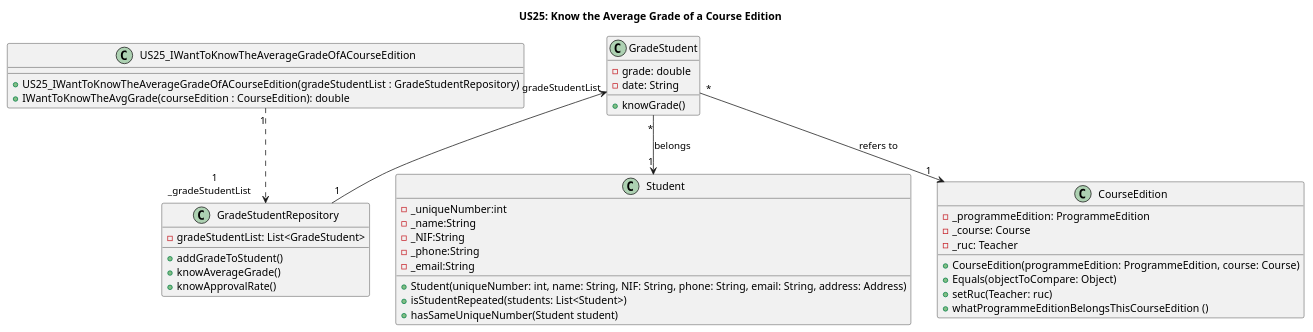
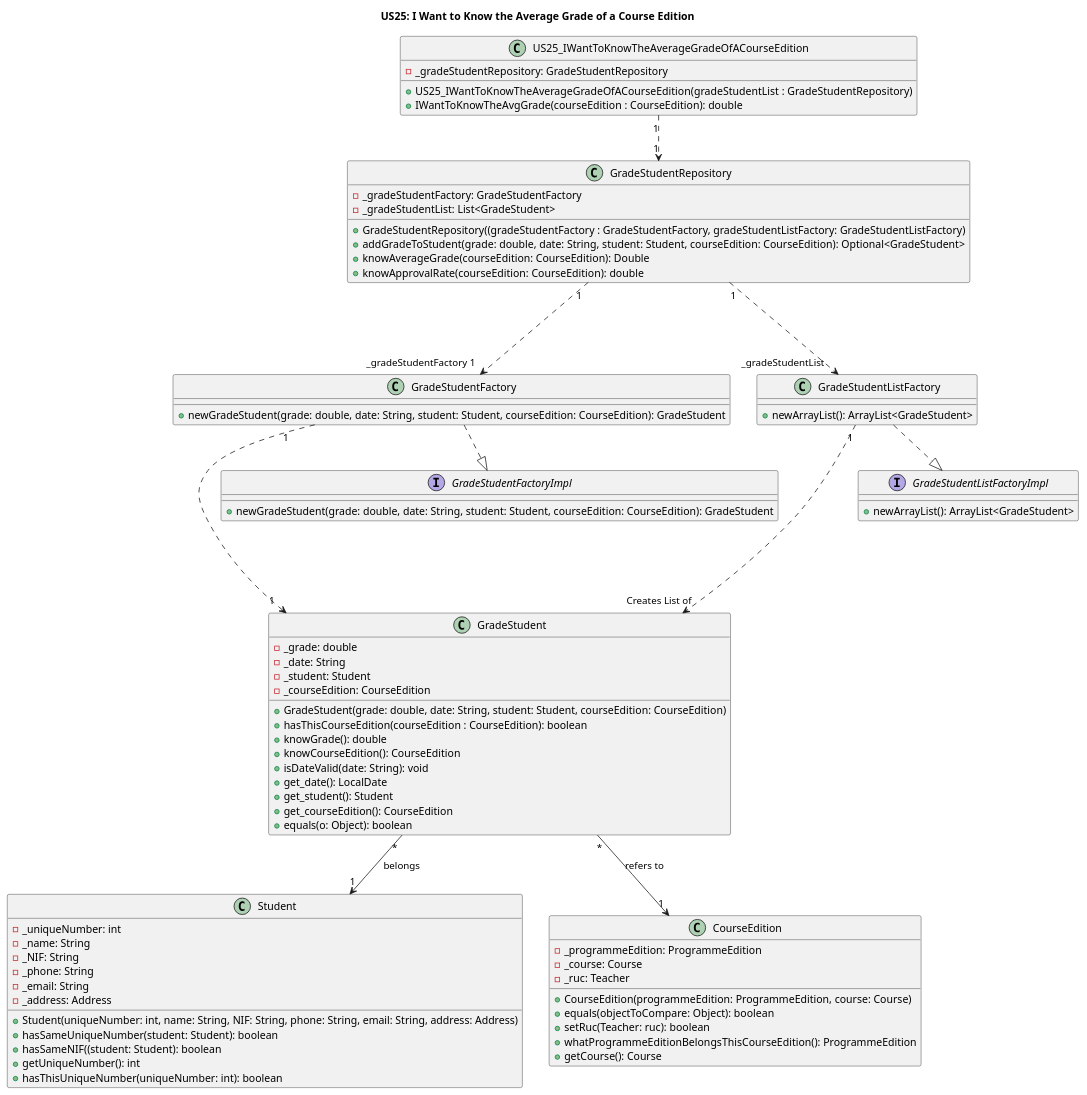
One commit to GasparISEP/DevOps-PAI changed the diagram in docs/US25/US25_IWantToKnowTheAverageGradeOfACourseEditionClassDiagram.puml. Above: the diagram before and after it, drawn with PlantUML.

Commit message:
Updated US25 ClassDiagram

```diff
--- a/docs/US25/US25_IWantToKnowTheAverageGradeOfACourseEditionClassDiagram.puml
+++ b/docs/US25/US25_IWantToKnowTheAverageGradeOfACourseEditionClassDiagram.puml
@@ -1,51 +1,88 @@
 @startuml
-title US25: Know the Average Grade of a Course Edition
+title US25: I Want to Know the Average Grade of a Course Edition
 'left to right direction
 
 class US25_IWantToKnowTheAverageGradeOfACourseEdition {
+    -_gradeStudentRepository: GradeStudentRepository
     +US25_IWantToKnowTheAverageGradeOfACourseEdition(gradeStudentList : GradeStudentRepository)
     +IWantToKnowTheAvgGrade(courseEdition : CourseEdition): double
-
 }
 
 class GradeStudent {
-    -grade: double
-    -date: String
-    +knowGrade()
+    -_grade: double
+    -_date: String
+    -_student: Student
+    -_courseEdition: CourseEdition
+    +GradeStudent(grade: double, date: String, student: Student, courseEdition: CourseEdition)
+    +hasThisCourseEdition(courseEdition : CourseEdition): boolean
+    +knowGrade(): double
+    +knowCourseEdition(): CourseEdition
+    +isDateValid(date: String): void
+    +get_date(): LocalDate
+    +get_student(): Student
+    +get_courseEdition(): CourseEdition
+    +equals(o: Object): boolean
+}
+
+class GradeStudentFactory {
+    +newGradeStudent(grade: double, date: String, student: Student, courseEdition: CourseEdition): GradeStudent
+}
+
+interface GradeStudentFactoryImpl {
+    +newGradeStudent(grade: double, date: String, student: Student, courseEdition: CourseEdition): GradeStudent
+}
+
+class GradeStudentListFactory {
+    +newArrayList(): ArrayList<GradeStudent>
+}
+
+interface GradeStudentListFactoryImpl {
+    +newArrayList(): ArrayList<GradeStudent>
 }
 
 class GradeStudentRepository {
-    -gradeStudentList: List<GradeStudent>
-    +addGradeToStudent()
-    +knowAverageGrade()
-    +knowApprovalRate()
+    -_gradeStudentFactory: GradeStudentFactory
+    -_gradeStudentList: List<GradeStudent>
+    +GradeStudentRepository((gradeStudentFactory : GradeStudentFactory, gradeStudentListFactory: GradeStudentListFactory)
+    +addGradeToStudent(grade: double, date: String, student: Student, courseEdition: CourseEdition): Optional<GradeStudent>
+    +knowAverageGrade(courseEdition: CourseEdition): Double
+    +knowApprovalRate(courseEdition: CourseEdition): double
 }
 
 class Student {
-    -_uniqueNumber:int
-    -_name:String
-    -_NIF:String
-    -_phone:String
-    -_email:String
+    -_uniqueNumber: int
+    -_name: String
+    -_NIF: String
+    -_phone: String
+    -_email: String
+    -_address: Address
     +Student(uniqueNumber: int, name: String, NIF: String, phone: String, email: String, address: Address)
-    +isStudentRepeated(students: List<Student>)
-    +hasSameUniqueNumber(Student student)
+    +hasSameUniqueNumber(student: Student): boolean
+    +hasSameNIF((student: Student): boolean
+    +getUniqueNumber(): int
+    +hasThisUniqueNumber(uniqueNumber: int): boolean
 }
 
 class CourseEdition {
     -_programmeEdition: ProgrammeEdition
     -_course: Course
     -_ruc: Teacher
     +CourseEdition(programmeEdition: ProgrammeEdition, course: Course)
-    +Equals(objectToCompare: Object)
-    +setRuc(Teacher: ruc)
-    +whatProgrammeEditionBelongsThisCourseEdition ()
+    +equals(objectToCompare: Object): boolean
+    +setRuc(Teacher: ruc): boolean
+    +whatProgrammeEditionBelongsThisCourseEdition(): ProgrammeEdition
+    +getCourse(): Course
 }
 
 
 GradeStudent "*" --> "1" Student: belongs
 GradeStudent "*" --> "1" CourseEdition: refers to
+GradeStudentRepository "1" ...> "_gradeStudentFactory 1" GradeStudentFactory
+GradeStudentFactory "1" ...> "1" GradeStudent
+GradeStudentRepository "1" ...> "_gradeStudentList" GradeStudentListFactory
+GradeStudentListFactory ..|> GradeStudentListFactoryImpl
+GradeStudentFactory  ..|> GradeStudentFactoryImpl
+GradeStudentListFactory "1" ....> "Creates List of" GradeStudent
 
-US25_IWantToKnowTheAverageGradeOfACourseEdition "1" ..> "1\n_gradeStudentList    " GradeStudentRepository
-GradeStudent "gradeStudentList" <-- "1" GradeStudentRepository
+US25_IWantToKnowTheAverageGradeOfACourseEdition "1" ..> "1" GradeStudentRepository
 @enduml
```
